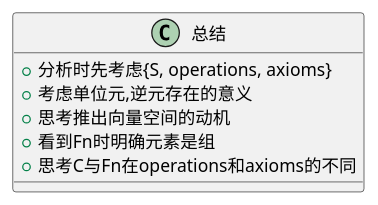
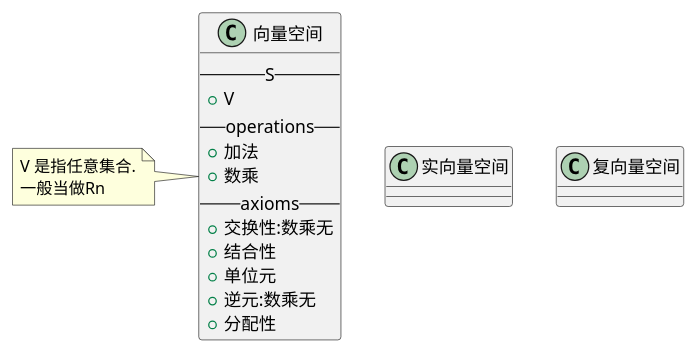
One commit to AlleyNorthward/postgraduate-entrance-exam changed the diagram in knowledge&understanding/数学/main.puml. Above: the diagram before and after it, drawn with PlantUML. The commit also changed 5 other files, not shown here.

```diff
--- a/knowledge&understanding/数学/main.puml
+++ b/knowledge&understanding/数学/main.puml
@@ -1,13 +1,27 @@
-@startuml 线性代数1_1_4
+@startuml 线性代数1_2_1
 
-skinparam DefaultTextAlignment center
+' skinparam DefaultTextAlignment center
 
-class 总结{
-    + 分析时先考虑{S, operations, axioms}
-    + 考虑单位元,逆元存在的意义
-    + 思考推出向量空间的动机
-    + 看到Fn时明确元素是组
-    + 思考C与Fn在operations和axioms的不同
+class 向量空间{
+    --S--
+    + V
+    --operations--
+    + 加法
+    + 数乘
+    --axioms--
+    + 交换性:数乘无
+    + 结合性
+    + 单位元
+    + 逆元:数乘无
+    + 分配性
 }
 
-@enduml 
+note left of 向量空间
+V 是指任意集合.
+一般当做Rn
+end note
+
+class 实向量空间{}
+class 复向量空间{}
+
+@enduml
```
